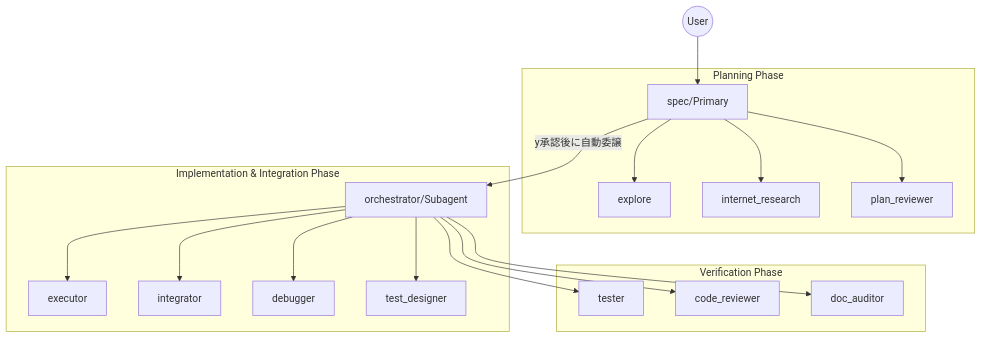
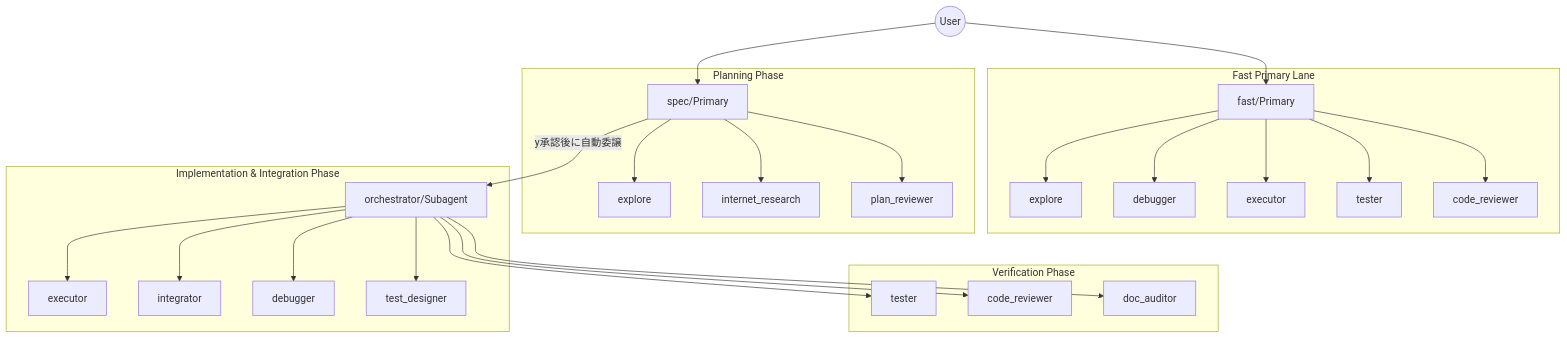
One commit to 50ki-1706/prompts changed the diagram in opencode/README.md. Above: the diagram before and after it, drawn with Mermaid. The commit also changed other lines of this file and 3 other files, not shown here.

````diff
--- a/opencode/README.md
+++ b/opencode/README.md
@@ -97,25 +97,34 @@
 ```mermaid
 graph TD
+    User((User)) --> fast[fast/Primary]
     User((User)) --> spec[spec/Primary]
+    
+    subgraph Fast Primary Lane
+        fast --> explore_fast[explore]
+        fast --> debugger_fast[debugger]
+        fast --> exec_fast[executor]
+        fast --> tester_fast[tester]
+        fast --> review_fast[code_reviewer]
+    end
     
     subgraph Planning Phase
         spec --> explore[explore]
         spec --> research[internet_research]
         spec --> plan_rev[plan_reviewer]
     end
     
     spec -- "y承認後に自動委譲" --> orch[orchestrator/Subagent]
     
     subgraph Implementation & Integration Phase
         orch --> exec[executor]
         orch --> integ[integrator]
         orch --> debugger[debugger]
         orch --> test_des[test_designer]
     end
     
     subgraph Verification Phase
         orch --> tester[tester]
         orch --> code_rev[code_reviewer]
         orch --> doc_aud[doc_auditor]
     end
 ```
````
